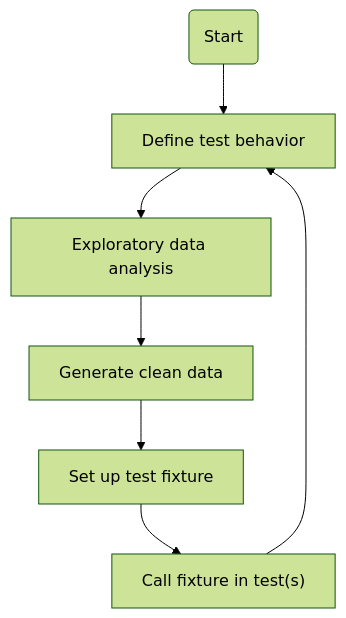
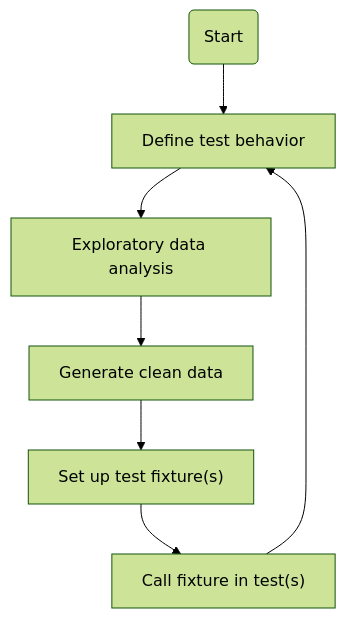
One commit to HBK-MicroStrain/microstrain_mag_cal changed the diagram in library/test/data_generation/README.md. Above: the diagram before and after it, drawn with Mermaid (forest theme). The commit also changed other lines of this file, not shown here.

Commit message:
Added plurality for fixtures

````diff
--- a/library/test/data_generation/README.md
+++ b/library/test/data_generation/README.md
@@ -33,9 +33,9 @@
 ```mermaid
 graph TD
     A(Start) --> B[Define test behavior]
     B --> C[Exploratory data analysis]
     C --> D[Generate clean data]
-    D --> E[Set up test fixture]
+    D --> E["Set up test fixture(s)"]
     E --> F["Call fixture in test(s)"]
     F --> B
 ```
````
